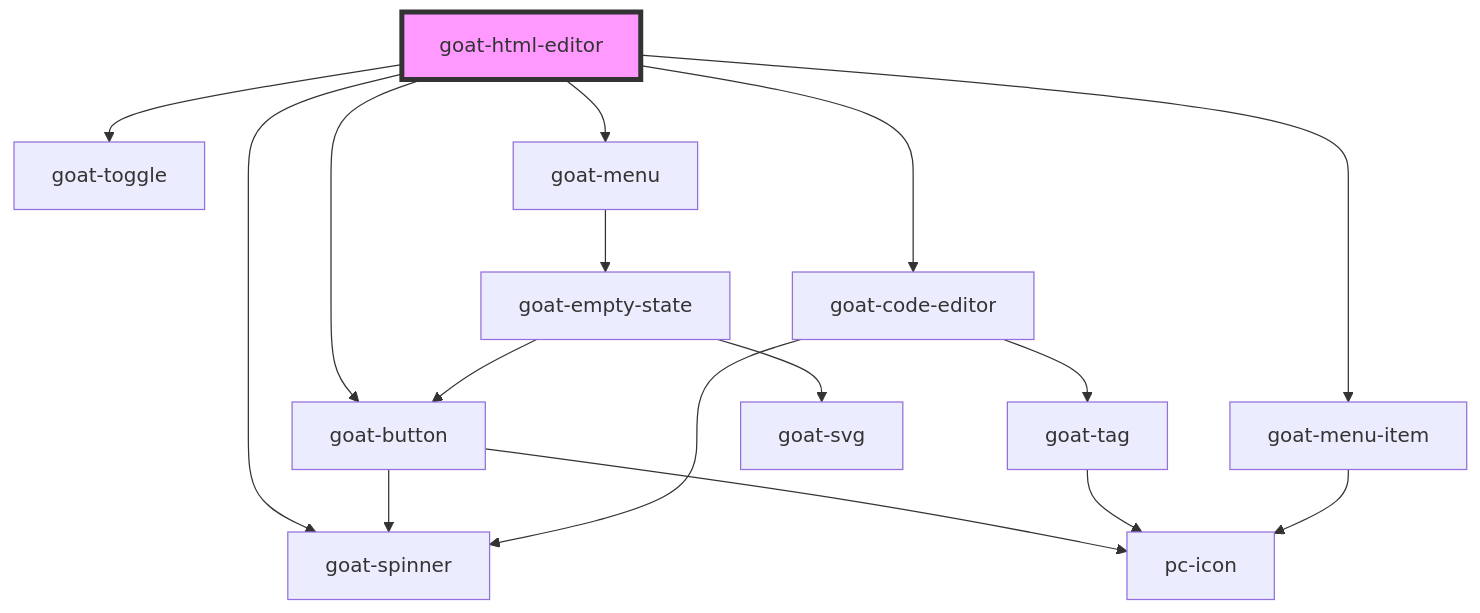
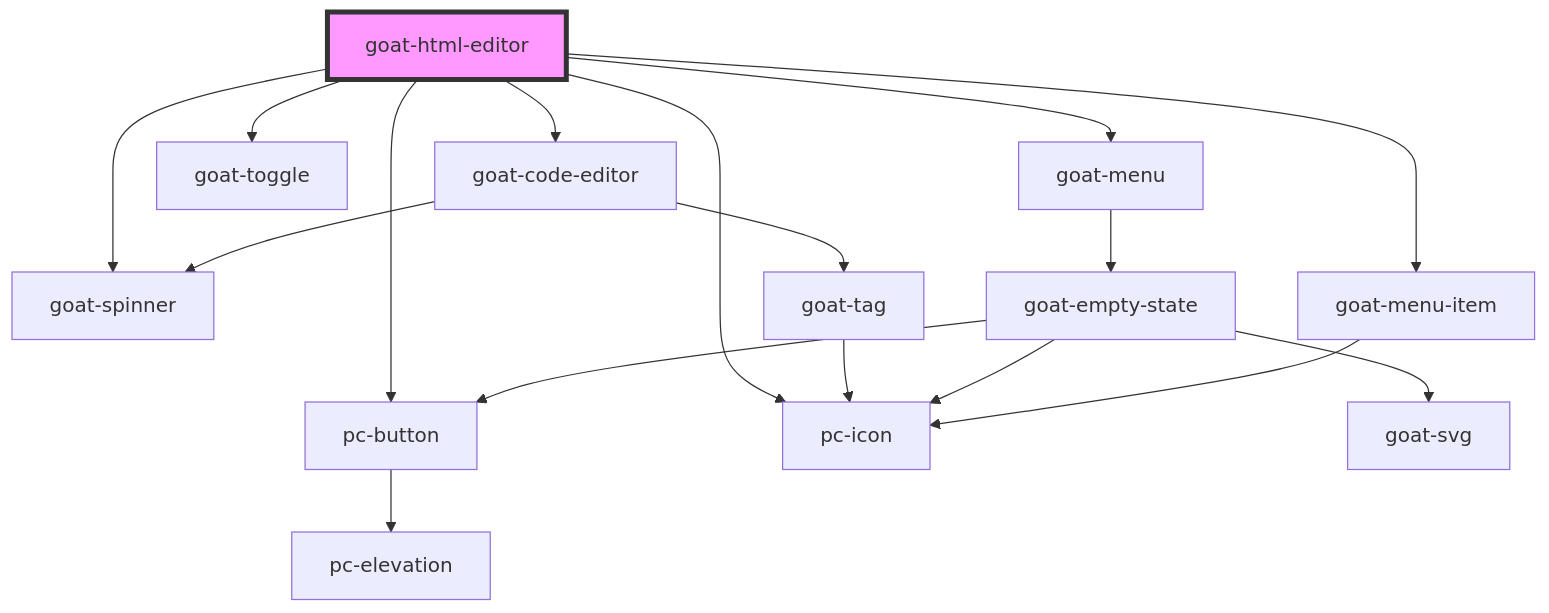
The diagram in src/components/input-controls/html-editor/readme.md (redvars/peacock), drawn with Mermaid before and after one commit. The commit also changed other lines of this file and 280 other files, not shown here.

````diff
--- a/src/components/input-controls/html-editor/readme.md
+++ b/src/components/input-controls/html-editor/readme.md
@@ -84,19 +85,20 @@
 ```mermaid
 graph TD;
-  goat-html-editor --> goat-button
+  goat-html-editor --> pc-button
+  goat-html-editor --> pc-icon
   goat-html-editor --> goat-spinner
   goat-html-editor --> goat-code-editor
   goat-html-editor --> goat-toggle
   goat-html-editor --> goat-menu
   goat-html-editor --> goat-menu-item
-  goat-button --> goat-spinner
-  goat-button --> pc-icon
+  pc-button --> pc-elevation
   goat-code-editor --> goat-tag
   goat-code-editor --> goat-spinner
   goat-tag --> pc-icon
   goat-menu --> goat-empty-state
   goat-empty-state --> goat-svg
-  goat-empty-state --> goat-button
+  goat-empty-state --> pc-button
+  goat-empty-state --> pc-icon
   goat-menu-item --> pc-icon
   style goat-html-editor fill:#f9f,stroke:#333,stroke-width:4px
 ```
````
